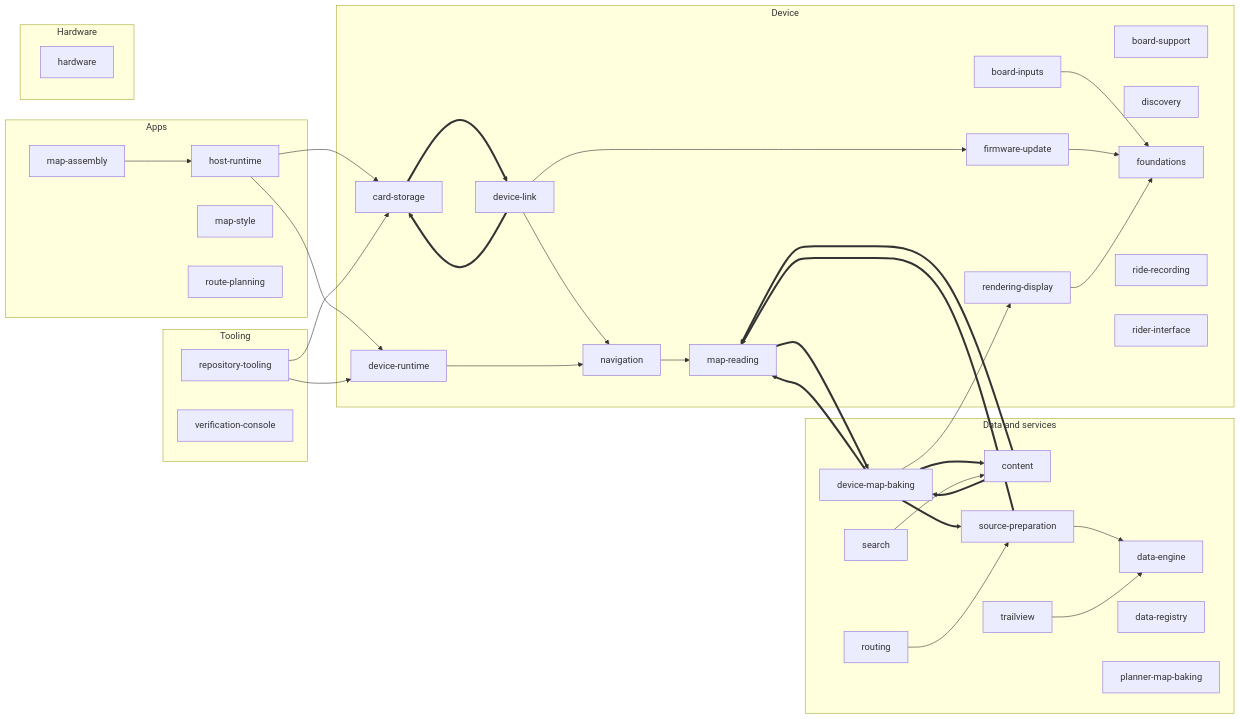
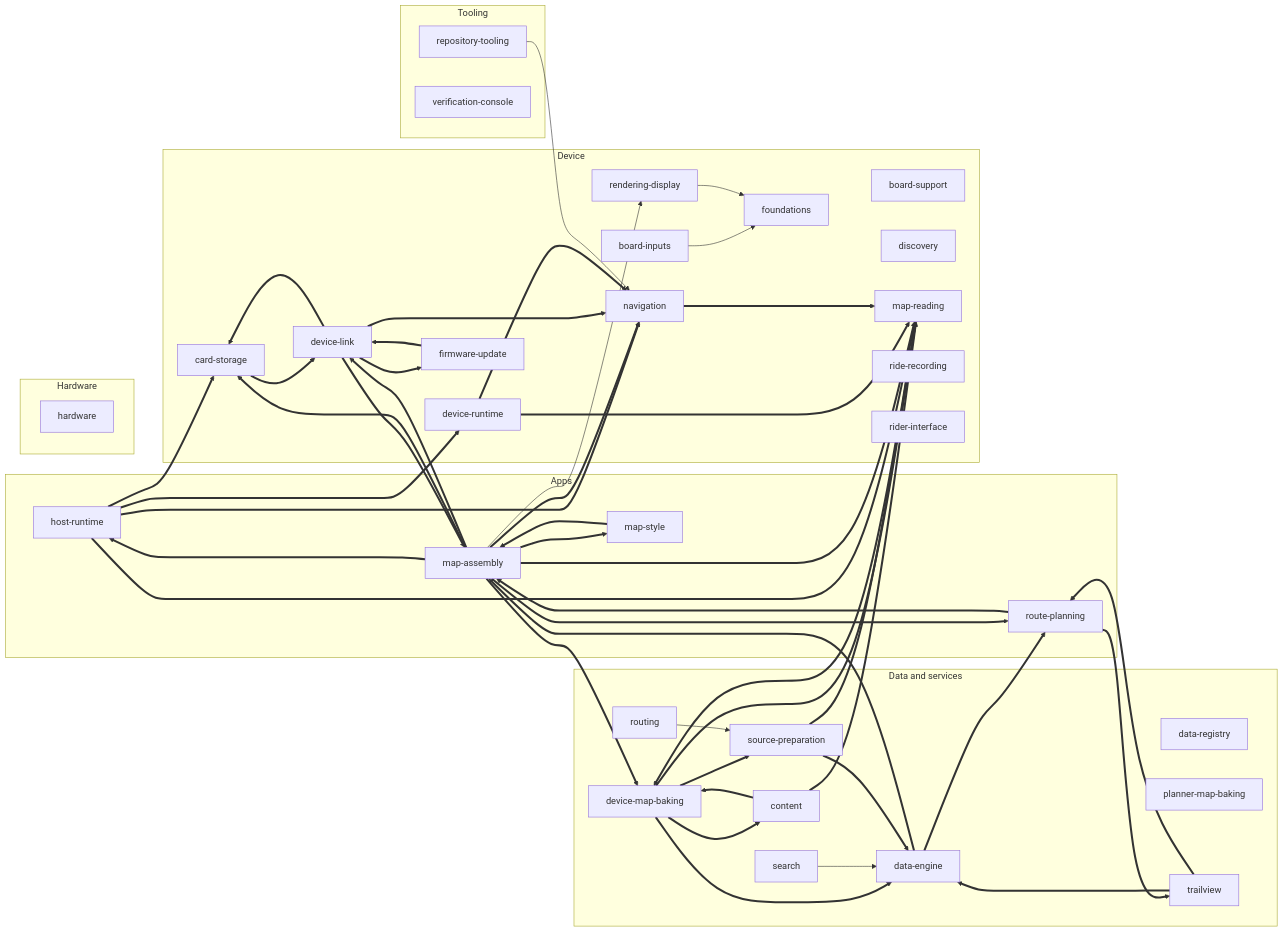
Before and after one commit to timohueser/OpenBikeComputer: the diagram in docs/design/README.md, drawn with Mermaid. The commit also changed other lines of this file and 4 other files, not shown here.

````diff
--- a/docs/design/README.md
+++ b/docs/design/README.md
@@ -51,26 +51,43 @@
   s_card_storage ==> s_device_link
   s_content ==> s_device_map_baking
   s_content ==> s_map_reading
+  s_data_engine ==> s_map_assembly
+  s_data_engine ==> s_route_planning
   s_device_link ==> s_card_storage
-  s_device_link --> s_firmware_update
-  s_device_link --> s_navigation
+  s_device_link ==> s_firmware_update
+  s_device_link ==> s_map_assembly
+  s_device_link ==> s_navigation
   s_device_map_baking ==> s_content
+  s_device_map_baking ==> s_data_engine
   s_device_map_baking ==> s_map_reading
-  s_device_map_baking --> s_rendering_display
   s_device_map_baking ==> s_source_preparation
-  s_device_runtime --> s_navigation
-  s_firmware_update --> s_foundations
-  s_host_runtime --> s_card_storage
-  s_host_runtime --> s_device_runtime
-  s_map_assembly --> s_host_runtime
+  s_device_runtime ==> s_map_reading
+  s_device_runtime ==> s_navigation
+  s_firmware_update ==> s_device_link
+  s_host_runtime ==> s_card_storage
+  s_host_runtime ==> s_device_runtime
+  s_host_runtime ==> s_map_reading
+  s_host_runtime ==> s_navigation
+  s_map_assembly ==> s_card_storage
+  s_map_assembly ==> s_device_link
+  s_map_assembly ==> s_device_map_baking
+  s_map_assembly ==> s_host_runtime
+  s_map_assembly ==> s_map_reading
+  s_map_assembly ==> s_map_style
+  s_map_assembly ==> s_navigation
+  s_map_assembly --> s_rendering_display
+  s_map_assembly ==> s_route_planning
   s_map_reading ==> s_device_map_baking
-  s_navigation --> s_map_reading
+  s_map_style ==> s_map_assembly
+  s_navigation ==> s_map_reading
   s_rendering_display --> s_foundations
-  s_repository_tooling --> s_card_storage
-  s_repository_tooling --> s_device_runtime
+  s_repository_tooling --> s_navigation
+  s_route_planning ==> s_map_assembly
+  s_route_planning ==> s_trailview
   s_routing --> s_source_preparation
-  s_search --> s_content
-  s_source_preparation --> s_data_engine
+  s_search --> s_data_engine
+  s_source_preparation ==> s_data_engine
   s_source_preparation ==> s_map_reading
-  s_trailview --> s_data_engine
+  s_trailview ==> s_data_engine
+  s_trailview ==> s_route_planning
 ```
````
